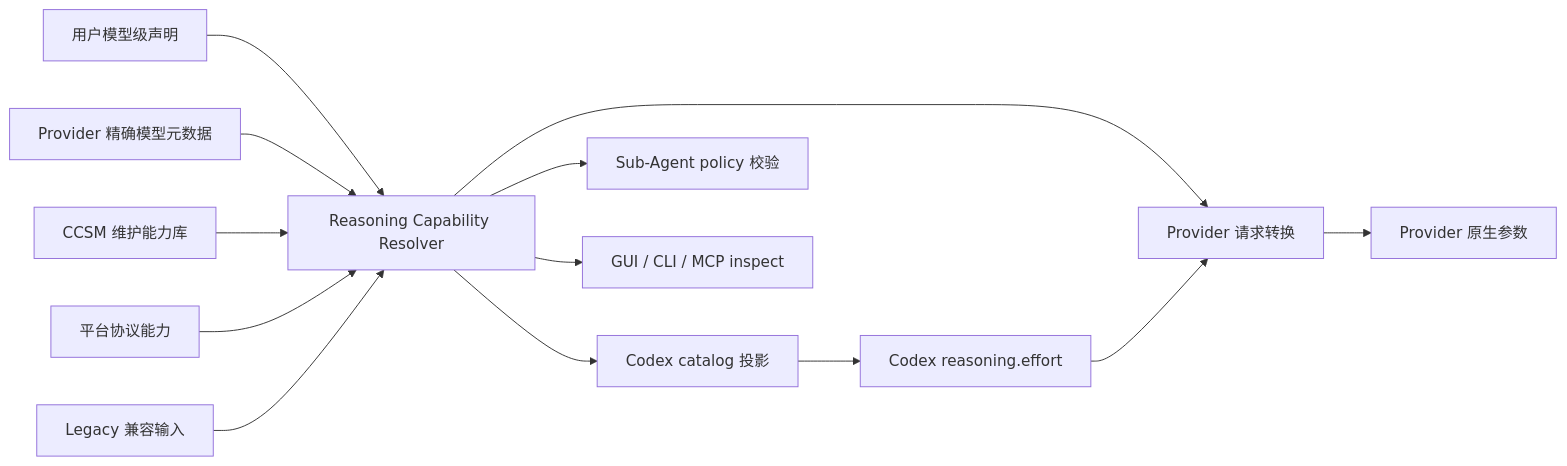
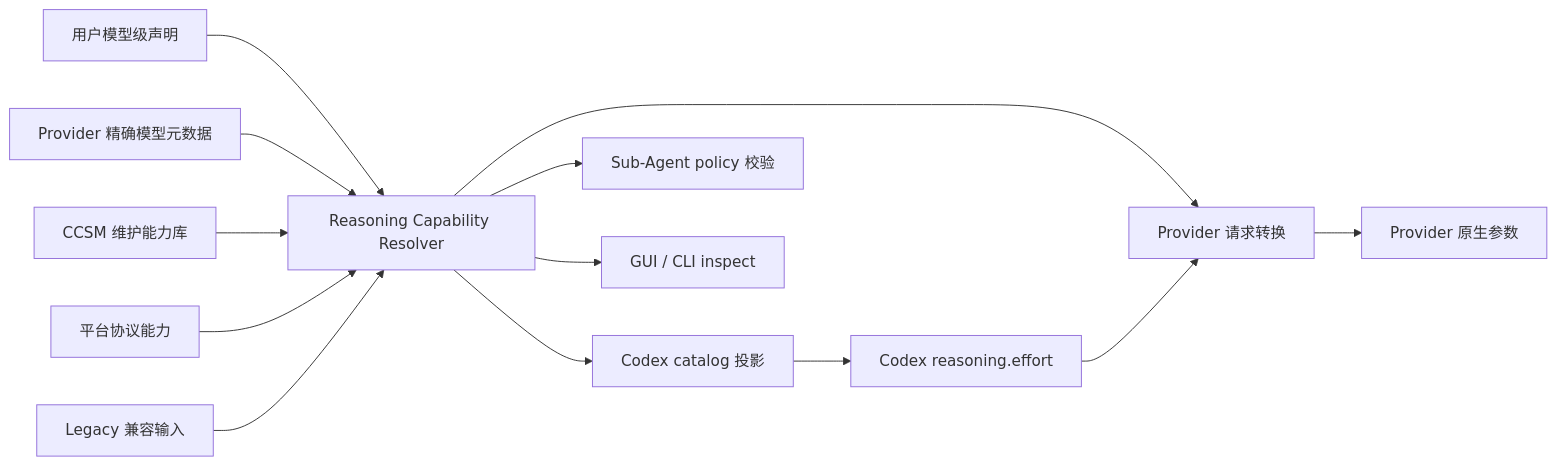
One commit to BigStrongSun/ccswitchmulti changed the first of 2 diagrams in docs/superpowers/plans/2026-08-17-codex-reasoning-capability-correction.md. Above: the diagram before and after it, drawn with Mermaid. The commit also changed other lines of this file and 2 other files, not shown here.

````diff
--- a/docs/superpowers/plans/2026-08-17-codex-reasoning-capability-correction.md
+++ b/docs/superpowers/plans/2026-08-17-codex-reasoning-capability-correction.md
@@ -30,15 +31,15 @@
 ```mermaid
 flowchart LR
     U["用户模型级声明"] --> R["Reasoning Capability Resolver"]
     P["Provider 精确模型元数据"] --> R
     L["CCSM 维护能力库"] --> R
     G["平台协议能力"] --> R
     X["Legacy 兼容输入"] --> R
     R --> C["Codex catalog 投影"]
     R --> T["Provider 请求转换"]
     R --> S["Sub-Agent policy 校验"]
-    R --> V["GUI / CLI / MCP inspect"]
+    R --> V["GUI / CLI inspect"]
     C --> E["Codex reasoning.effort"]
     E --> T
     T --> O["Provider 原生参数"]
 ```
````
